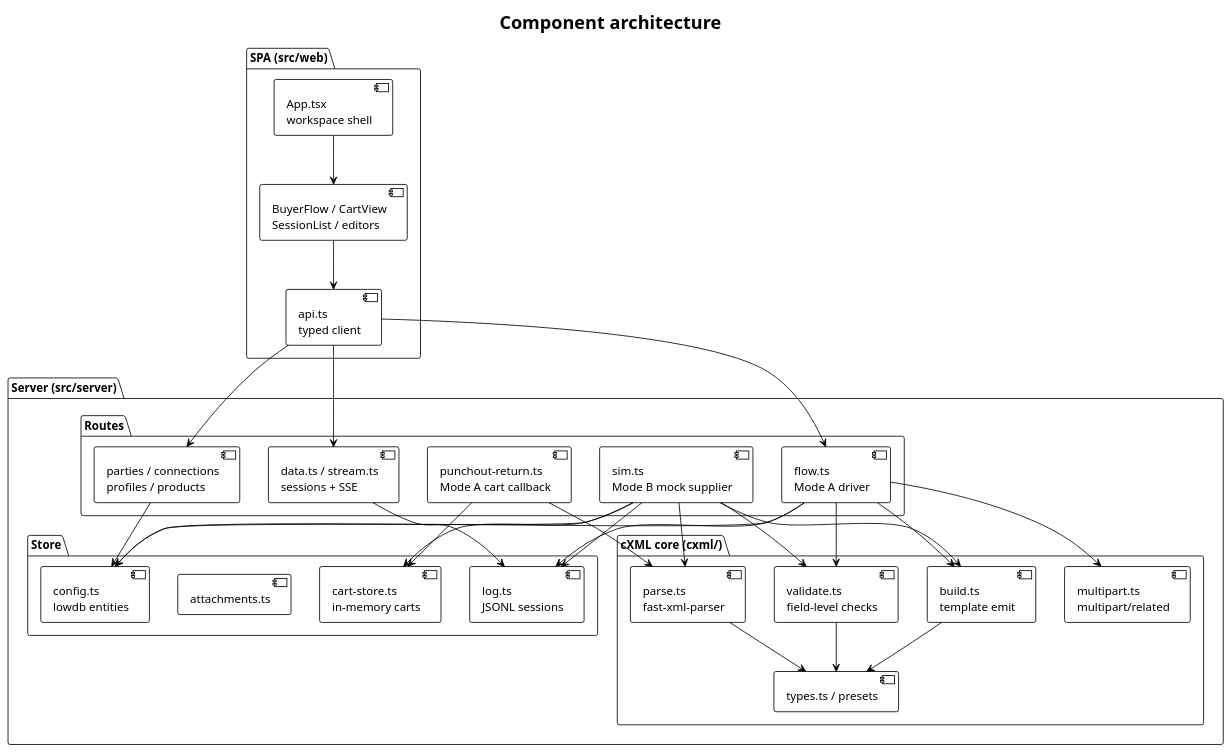
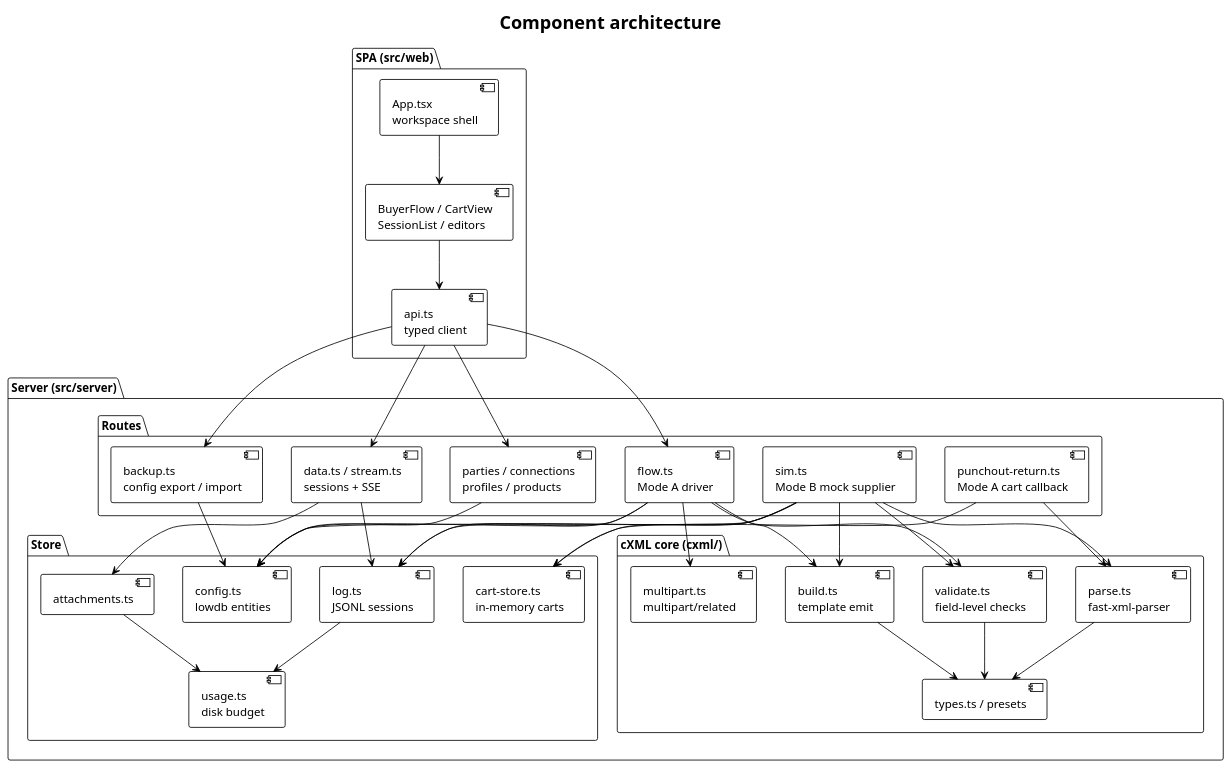
Before and after one commit to slawomir-szostak/punchout-simulator: the diagram in docs/diagrams/component-architecture.puml, drawn with PlantUML. The commit also changed 16 other files, not shown here.

First line of the commit message:
docs: cover config export/import and the 0.11.x security changes

```diff
--- a/docs/diagrams/component-architecture.puml
+++ b/docs/diagrams/component-architecture.puml
@@ -1,58 +1,65 @@
 @startuml component-architecture
 !theme plain
 title Component architecture
 
 package "SPA (src/web)" {
   [App.tsx\nworkspace shell] as App
   [BuyerFlow / CartView\nSessionList / editors] as Comp
   [api.ts\ntyped client] as ApiClient
 }
 
 package "Server (src/server)" {
   package "Routes" {
     [parties / connections\nprofiles / products] as CfgRoutes
     [flow.ts\nMode A driver] as Flow
     [sim.ts\nMode B mock supplier] as Sim
     [punchout-return.ts\nMode A cart callback] as Return
     [data.ts / stream.ts\nsessions + SSE] as DataR
+    [backup.ts\nconfig export / import] as Backup
   }
   package "cXML core (cxml/)" {
     [build.ts\ntemplate emit] as Build
     [parse.ts\nfast-xml-parser] as Parse
     [validate.ts\nfield-level checks] as Validate
     [multipart.ts\nmultipart/related] as Multi
     [types.ts / presets] as Types
   }
   package "Store" {
     [config.ts\nlowdb entities] as Config
     [log.ts\nJSONL sessions] as Log
     [attachments.ts] as Att
     [cart-store.ts\nin-memory carts] as CartStore
+    [usage.ts\ndisk budget] as Usage
   }
 }
 
 App --> Comp
 Comp --> ApiClient
 ApiClient --> CfgRoutes
 ApiClient --> Flow
 ApiClient --> DataR
+ApiClient --> Backup
+Backup --> Config
 
 Flow --> Build
 Flow --> Validate
 Flow --> Log
 Return --> Parse
 Return --> CartStore
 Sim --> Build
 Sim --> Parse
 Sim --> Validate
 Sim --> CartStore
 Sim --> Log
 CfgRoutes --> Config
 Flow --> Config
 Sim --> Config
 Build --> Types
 Parse --> Types
 Validate --> Types
 Flow --> Multi
 DataR --> Log
+DataR --> Att
+Log --> Usage
+Att --> Usage
 @enduml
```
